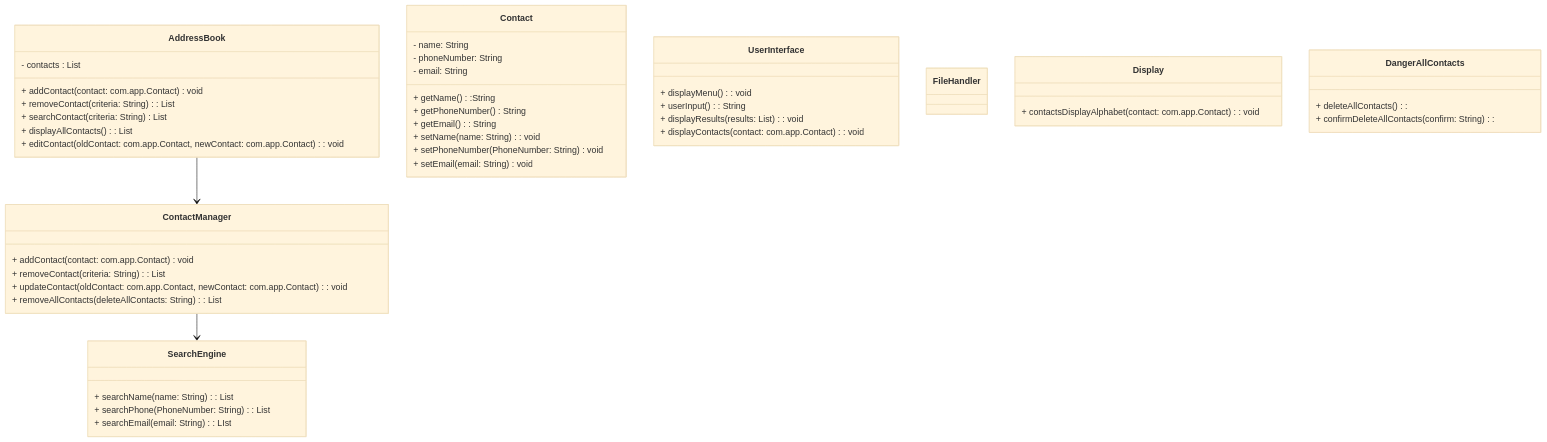
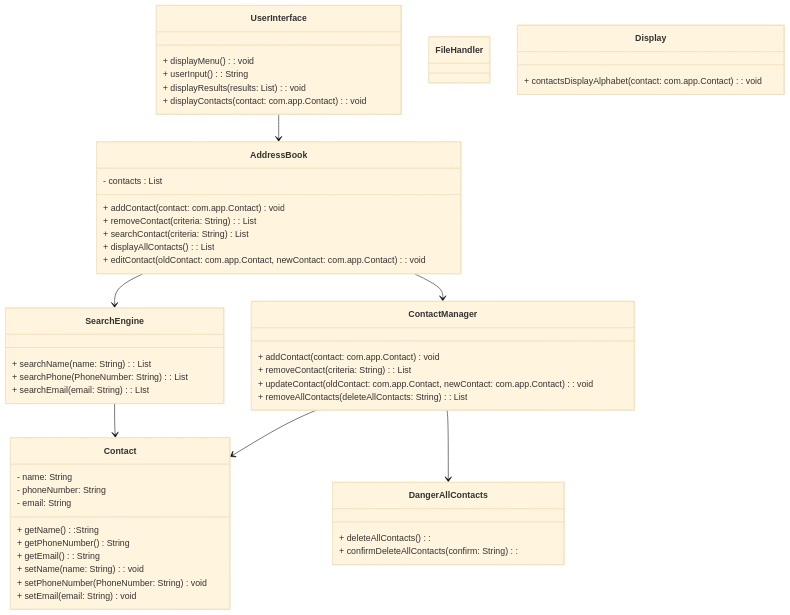
Before and after one commit to VSeaman8/DF-Challenge-3-Address-book: the diagram in docs/class diagram.mermaid, drawn with Mermaid (base theme). The commit also changed 2 other files, not shown here.

Commit message:
NEW: Added SearchEngine and SearchEngineTests. Test 5: check contact can be searched by name added -failed

```diff
--- a/docs/class diagram.mermaid
+++ b/docs/class diagram.mermaid
@@ -1,59 +1,63 @@
 classDiagram
 
     class AddressBook{
         - contacts : List<com.app.Contact>
         + addContact(contact: com.app.Contact) void
         + removeContact(criteria: String): List<com.app.Contact>
         + searchContact(criteria: String) List<com.app.Contact>
         + displayAllContacts(): List<com.app.Contact>
         + editContact(oldContact: com.app.Contact, newContact: com.app.Contact): void
     }
 
     class Contact{
         - name: String
         - phoneNumber: String
         - email: String
         + getName():String
         + getPhoneNumber() String
         + getEmail(): String
         + setName(name: String): void
         + setPhoneNumber(PhoneNumber: String) void
         + setEmail(email: String) void
     }
 
     class ContactManager {
         + addContact(contact: com.app.Contact) void
         + removeContact(criteria: String): List<com.app.Contact>
         + updateContact(oldContact: com.app.Contact, newContact: com.app.Contact): void
         + removeAllContacts(deleteAllContacts: String): List<com.app.Contact>
 
     }
 
     class SearchEngine {
         + searchName(name: String): List<com.app.Contact>
         + searchPhone(PhoneNumber: String): List<com.app.Contact>
         + searchEmail(email: String): LIst<com.app.Contact>
 
     }
 
     class UserInterface {
     + displayMenu(): void
     + userInput(): String
     + displayResults(results: List<com.app.Contact>): void
     + displayContacts(contact: com.app.Contact): void
     }
 
     class FileHandler {
 
     }
 
     class Display {
         + contactsDisplayAlphabet(contact: com.app.Contact): void
     }
     class DangerAllContacts {
         + deleteAllContacts():
         + confirmDeleteAllContacts(confirm: String):
     }
 
+UserInterface --> AddressBook
 AddressBook  --> ContactManager
-ContactManager --> SearchEngine
+AddressBook --> SearchEngine
+ContactManager --> Contact
+ContactManager --> DangerAllContacts
+SearchEngine --> Contact
```
